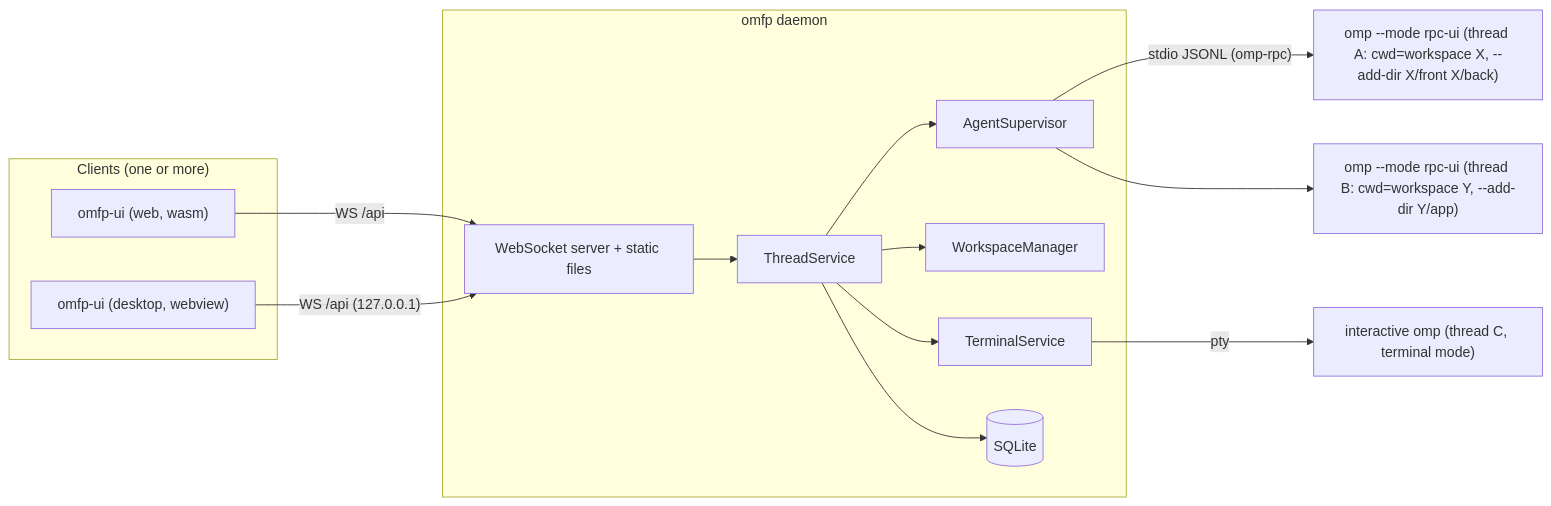
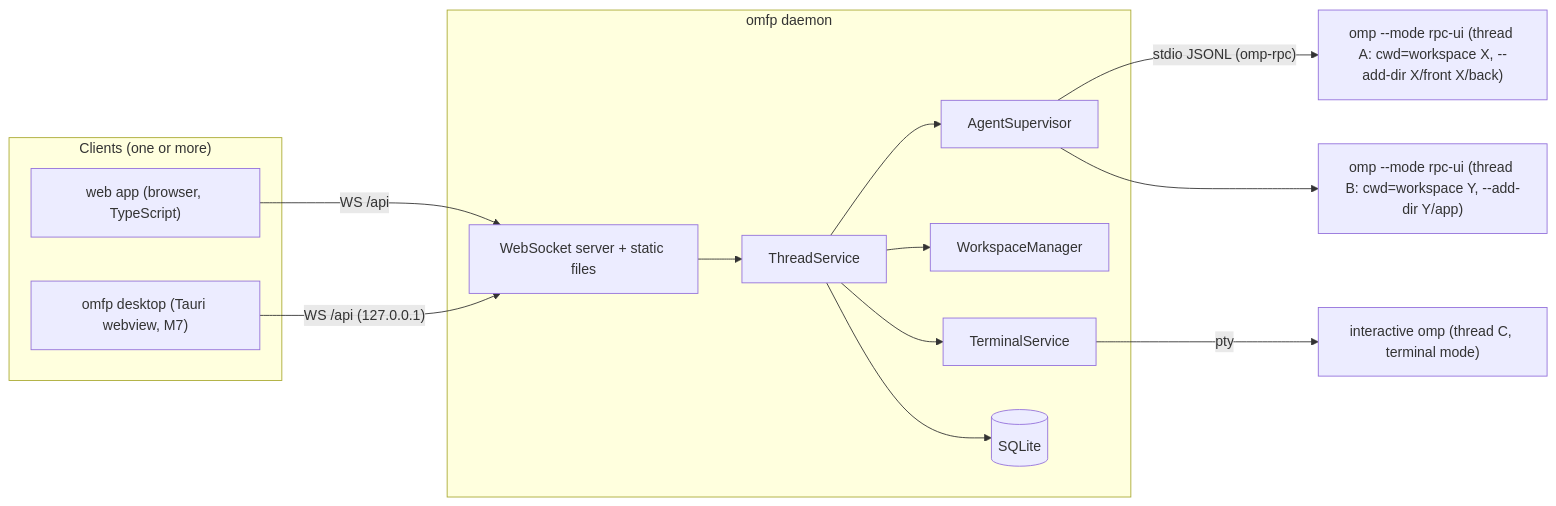
The second of 3 diagrams in docs/specs/00-overview.md (TonioGela/omfp), drawn with Mermaid before and after one commit. The commit also changed other lines of this file and 303 other files, not shown here.

First line of the commit message:
feat(ui): TypeScript UI with React 19, widgets, themes, settings and vim keymap (M3)

````diff
--- a/docs/specs/00-overview.md
+++ b/docs/specs/00-overview.md
@@ -50,23 +51,23 @@
 ```mermaid
 flowchart LR
   subgraph client["Clients (one or more)"]
-    W["omfp-ui (web, wasm)"]
-    D["omfp-ui (desktop, webview)"]
+    W["web app (browser, TypeScript)"]
+    D["omfp desktop (Tauri webview, M7)"]
   end
   subgraph daemon["omfp daemon"]
     WS[WebSocket server + static files]
     TS[ThreadService]
     SUP[AgentSupervisor]
     WK[WorkspaceManager]
     PTY[TerminalService]
     DB[(SQLite)]
   end
   W -- "WS /api" --> WS
   D -- "WS /api (127.0.0.1)" --> WS
   WS --> TS
   TS --> SUP & WK & DB
   TS --> PTY
   SUP -- "stdio JSONL (omp-rpc)" --> O1["omp --mode rpc-ui (thread A: cwd=workspace X, --add-dir X/front X/back)"]
   SUP --> O2["omp --mode rpc-ui (thread B: cwd=workspace Y, --add-dir Y/app)"]
   PTY -- "pty" --> OTERM["interactive omp (thread C, terminal mode)"]
 ```
````
